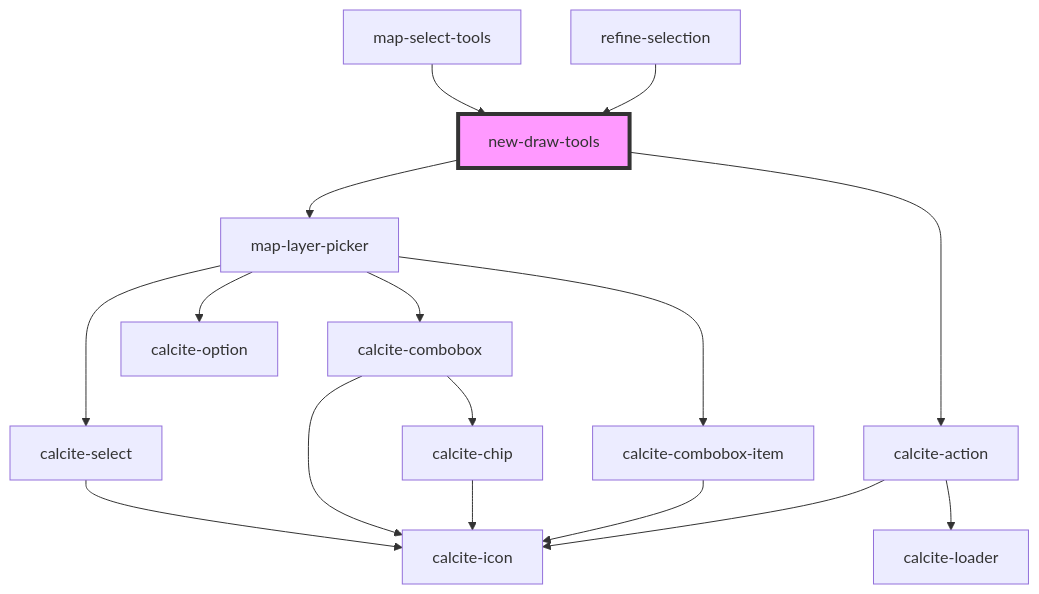
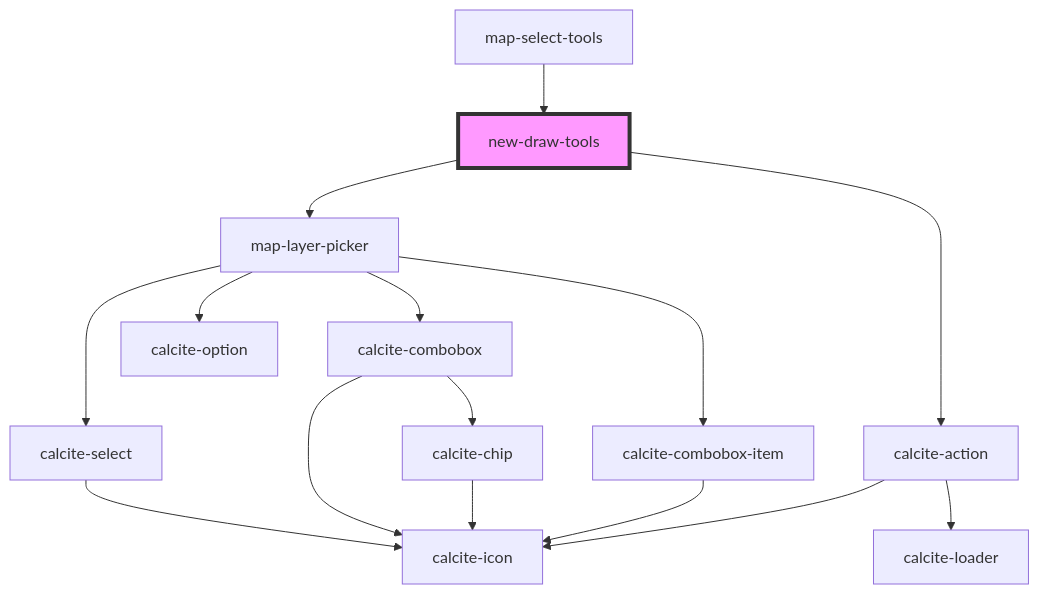
One commit to Esri/solutions-components changed the diagram in src/components/new-draw-tools/readme.md. Above: the diagram before and after it, drawn with Mermaid. The commit also changed other lines of this file and 11 other files, not shown here.

Commit message:
remove refine-selection

````diff
--- a/src/components/new-draw-tools/readme.md
+++ b/src/components/new-draw-tools/readme.md
@@ -85,19 +82,18 @@
 ```mermaid
 graph TD;
   new-draw-tools --> map-layer-picker
   new-draw-tools --> calcite-action
   map-layer-picker --> calcite-select
   map-layer-picker --> calcite-combobox
   map-layer-picker --> calcite-combobox-item
   map-layer-picker --> calcite-option
   calcite-select --> calcite-icon
   calcite-combobox --> calcite-chip
   calcite-combobox --> calcite-icon
   calcite-chip --> calcite-icon
   calcite-combobox-item --> calcite-icon
   calcite-action --> calcite-loader
   calcite-action --> calcite-icon
   map-select-tools --> new-draw-tools
-  refine-selection --> new-draw-tools
   style new-draw-tools fill:#f9f,stroke:#333,stroke-width:4px
 ```
````
